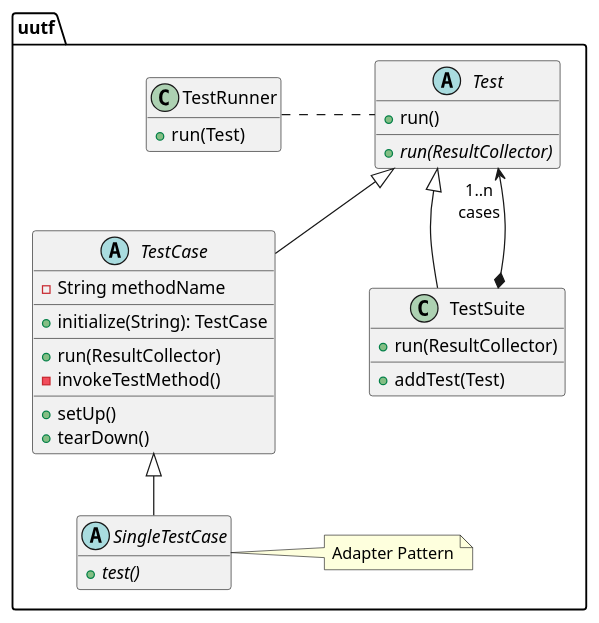
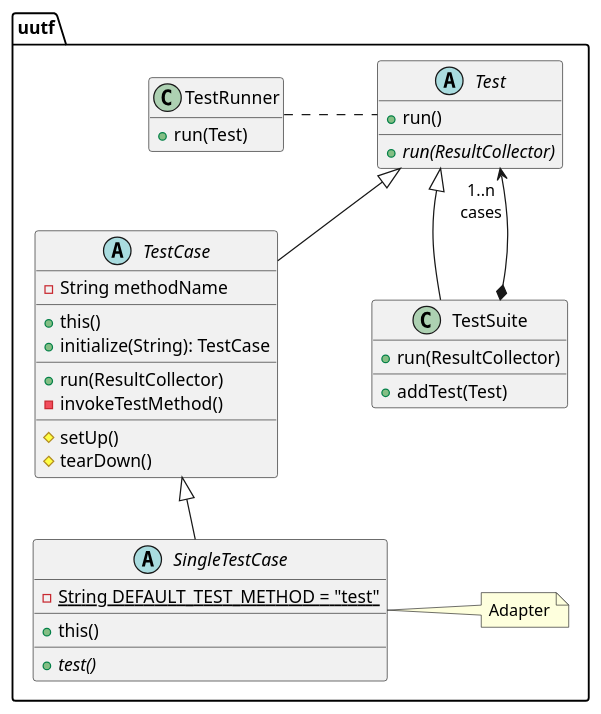
One commit to ace-lectures/inf5153-junit-demo changed the diagram in docs/uml/6_integration_java_zoom.puml. Above: the diagram before and after it, drawn with PlantUML. The commit also changed 24 other files, not shown here.

```diff
--- a/docs/uml/6_integration_java_zoom.puml
+++ b/docs/uml/6_integration_java_zoom.puml
@@ -1,53 +1,58 @@
 @startuml
 
 skinparam nodesep 75
 skinparam ranksep 50
 hide empty members
 
 package uutf {
 
 
   abstract class Test {
     + run()
     __
     + {abstract} run(ResultCollector)
   }
 
   abstract class TestCase {
     - String methodName
     __
+    + this()
     + initialize(String): TestCase
     __
     + run(ResultCollector)
     - invokeTestMethod()
     __
-    + setUp()
-    + tearDown()
+    # setUp()
+    # tearDown()
   }
 
   abstract class SingleTestCase {
-      + {abstract} test()
+    - {static} String DEFAULT_TEST_METHOD = "test"
+    __
+    + this()
+    __
+    + {abstract} test()
   }
-  note right: Adapter Pattern
+  note right: Adapter
 
   TestCase <|-- SingleTestCase
 
 
   class TestSuite {
     + run(ResultCollector)
     __
     + addTest(Test)
   }
 
   TestSuite *--> "1..n\ncases" Test
 
   class TestRunner {
     + run(Test)
   }
 
   TestRunner . Test
 
   Test <|-- TestCase
   Test <|-- TestSuite
 
 @enduml
```
